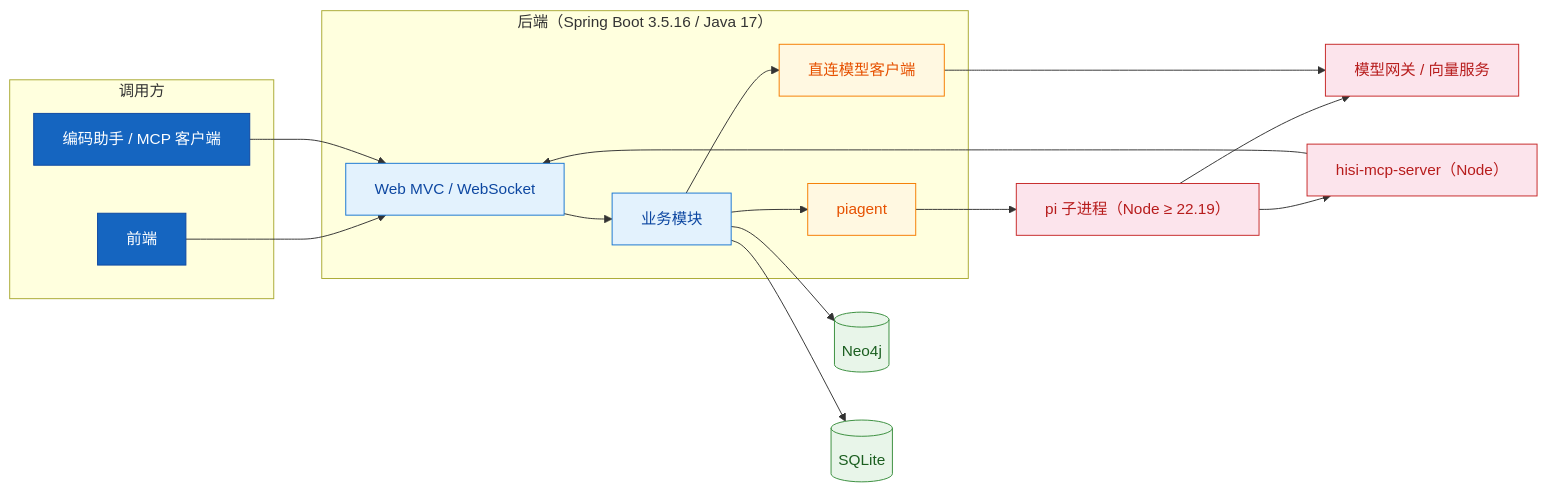
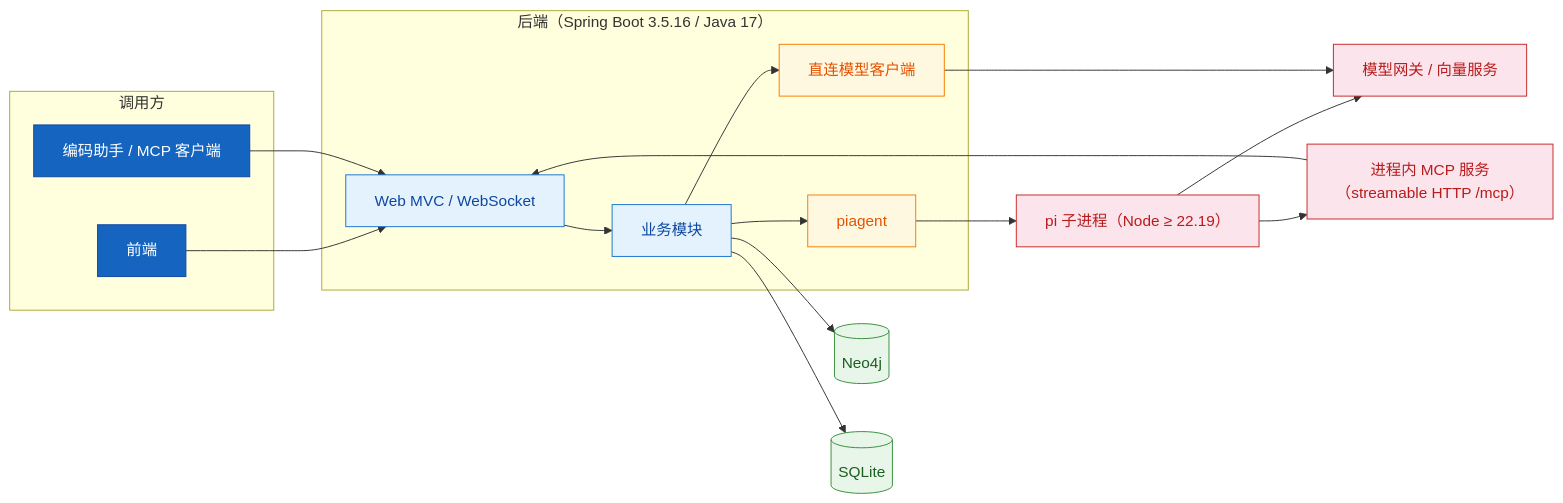
One commit to shenjiangchun/codeKnowledge changed the first of 2 diagrams in hisi-dev-tool/docs/codewiki/01-项目概览/index.md. Above: the diagram before and after it, drawn with Mermaid. The commit also changed other lines of this file and 27 other files, not shown here.

````diff
--- a/hisi-dev-tool/docs/codewiki/01-项目概览/index.md
+++ b/hisi-dev-tool/docs/codewiki/01-项目概览/index.md
@@ -70,37 +70,37 @@
 ```mermaid
 flowchart LR
     subgraph CLIENT["调用方"]
         FE["前端"]:::entry
         MC["编码助手 / MCP 客户端"]:::entry
     end
     subgraph BACKEND["后端（Spring Boot 3.5.16 / Java 17）"]
         WEB["Web MVC / WebSocket"]:::process
         BIZ["业务模块"]:::process
         PIA["piagent"]:::proc2
         DIR["直连模型客户端"]:::proc2
     end
     PI["pi 子进程（Node ≥ 22.19）"]:::ext
-    MCPS["hisi-mcp-server（Node）"]:::ext
+    MCPS["进程内 MCP 服务<br/>（streamable HTTP /mcp）"]:::ext
     NEO[("Neo4j")]:::data
     SQL[("SQLite")]:::data
     LLM["模型网关 / 向量服务"]:::ext
 
     FE --> WEB
     MC --> WEB
     WEB --> BIZ
     BIZ --> PIA
     BIZ --> DIR
     BIZ --> NEO
     BIZ --> SQL
     PIA --> PI
     PI --> LLM
     PI --> MCPS
     MCPS --> WEB
     DIR --> LLM
 
     classDef entry fill:#1565c0,stroke:#0d47a1,color:#fff
     classDef process fill:#e3f2fd,stroke:#1976d2,color:#0d47a1
     classDef proc2 fill:#fff8e1,stroke:#f57c00,color:#e65100
     classDef data fill:#e8f5e9,stroke:#388e3c,color:#1b5e20
     classDef ext fill:#fce4ec,stroke:#c62828,color:#b71c1c
 ```
````
